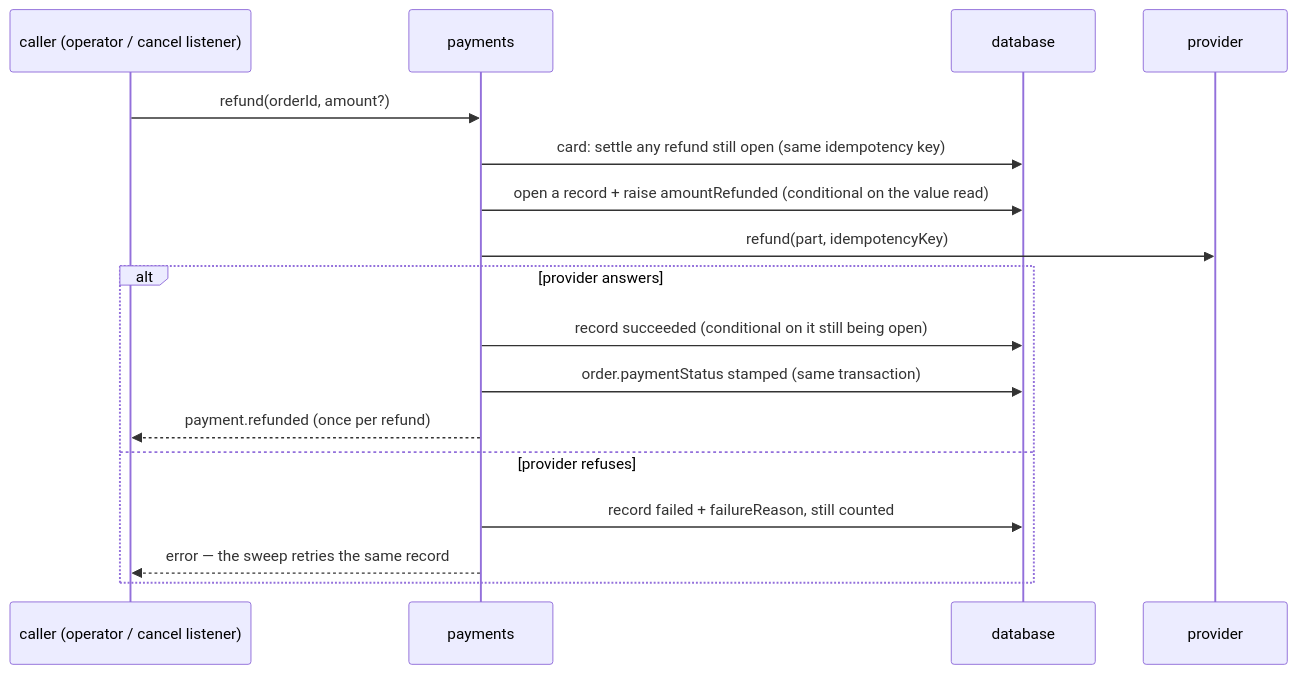
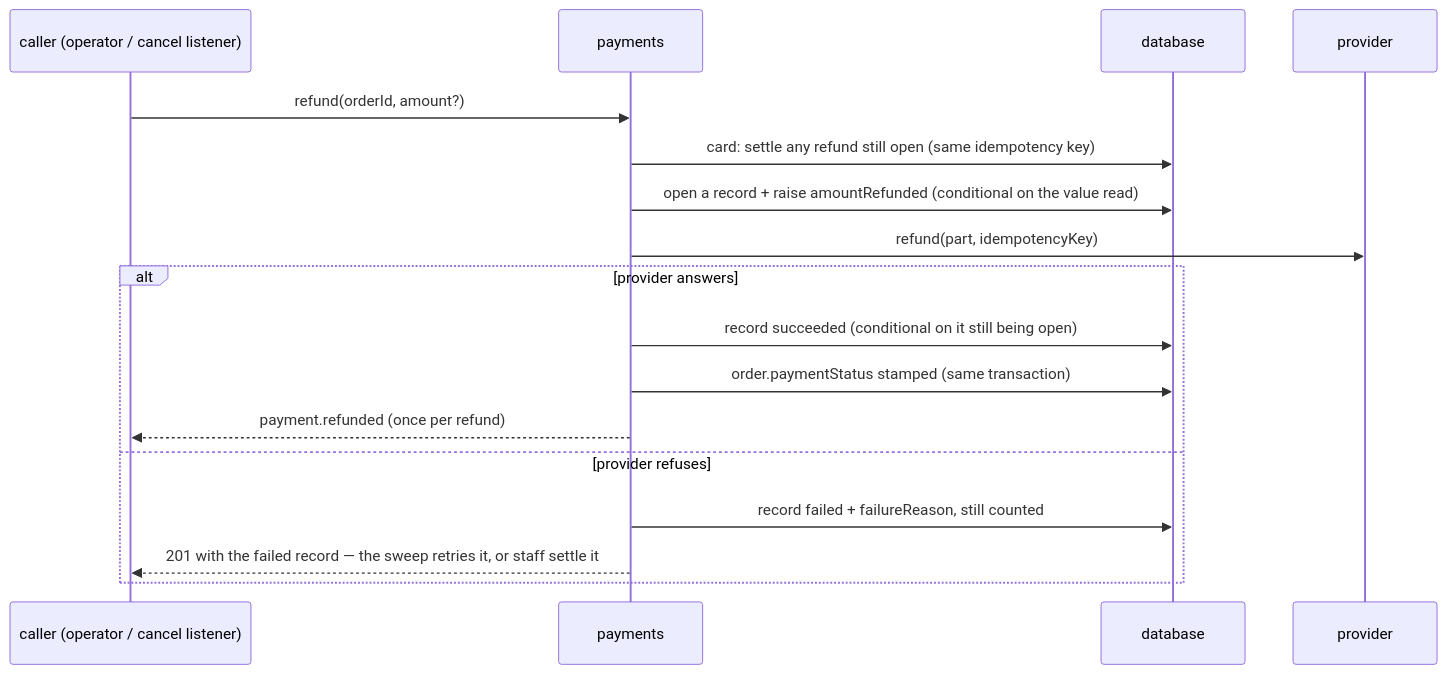
The seventh of 14 diagrams in docs/modules/payments.md (Guebbit/boilerplate-node-backend), drawn with Mermaid before and after one commit. The commit also changed other lines of this file and 30 other files, not shown here.

````diff
--- a/docs/modules/payments.md
+++ b/docs/modules/payments.md
@@ -375,19 +374,19 @@
 ```mermaid
 sequenceDiagram
     participant C as caller (operator / cancel listener)
     participant P as payments
     participant D as database
     participant V as provider
     C->>P: refund(orderId, amount?)
     P->>D: card: settle any refund still open (same idempotency key)
     P->>D: open a record + raise amountRefunded (conditional on the value read)
     P->>V: refund(part, idempotencyKey)
     alt provider answers
         P->>D: record succeeded (conditional on it still being open)
         P->>D: order.paymentStatus stamped (same transaction)
         P-->>C: payment.refunded (once per refund)
     else provider refuses
         P->>D: record failed + failureReason, still counted
-        P-->>C: error — the sweep retries the same record
+        P-->>C: 201 with the failed record — the sweep retries it, or staff settle it
     end
 ```
````
